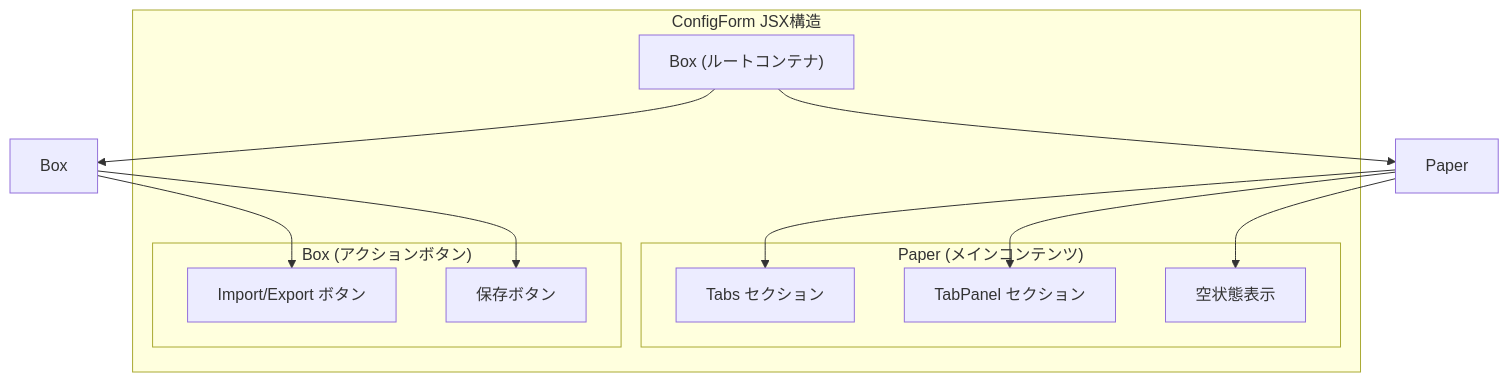
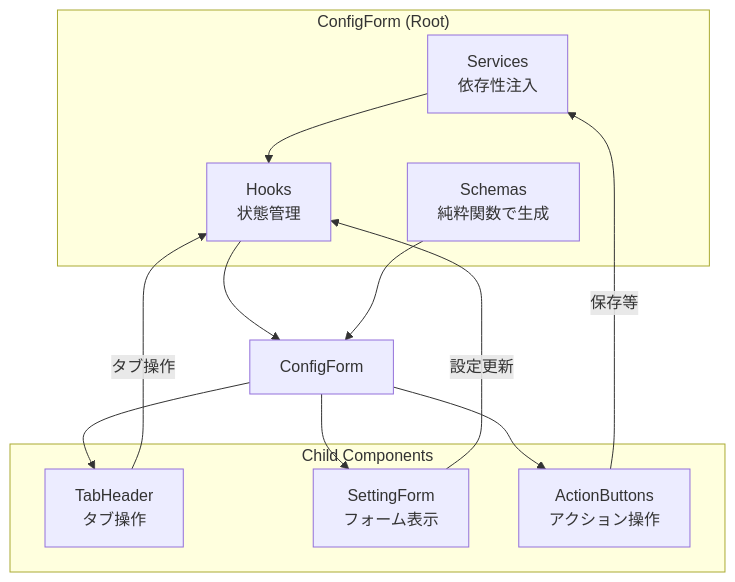
Before and after one commit to okayus/kintone-plugin-template: the eighth of 10 diagrams in docs/configform-detailed-explanation.md, drawn with Mermaid. The commit also changed other lines of this file and 17 other files, not shown here.

First line of the commit message:
docs: update documentation to reflect refactored architecture

````diff
--- a/docs/configform-detailed-explanation.md
+++ b/docs/configform-detailed-explanation.md
@@ -408,27 +646,26 @@
 ```mermaid
 graph TB
-    subgraph "ConfigForm JSX構造"
-        Box1["Box (ルートコンテナ)"]
-        
-        subgraph "Paper (メインコンテンツ)"
-            TabsSection["Tabs セクション"]
-            TabPanelSection["TabPanel セクション"]
-            EmptyState["空状態表示"]
-        end
-        
-        subgraph "Box (アクションボタン)"
-            ImportExport["Import/Export ボタン"]
-            SaveButton["保存ボタン"]
-        end
+    subgraph "ConfigForm (Root)"
+        Services["Services<br/>依存性注入"]
+        Hooks["Hooks<br/>状態管理"]
+        Schemas["Schemas<br/>純粋関数で生成"]
     end
     
-    Box1 --> Paper
-    Box1 --> Box
+    subgraph "Child Components"
+        TabHeader["TabHeader<br/>タブ操作"]
+        SettingForm["SettingForm<br/>フォーム表示"]
+        ActionButtons["ActionButtons<br/>アクション操作"]
+    end
     
-    Paper --> TabsSection
-    Paper --> TabPanelSection
-    Paper --> EmptyState
+    Services --> Hooks
+    Hooks --> ConfigForm
+    Schemas --> ConfigForm
     
-    Box --> ImportExport
-    Box --> SaveButton
+    ConfigForm --> TabHeader
+    ConfigForm --> SettingForm
+    ConfigForm --> ActionButtons
+    
+    TabHeader --> |"タブ操作"| Hooks
+    SettingForm --> |"設定更新"| Hooks
+    ActionButtons --> |"保存等"| Services
 ```
````
